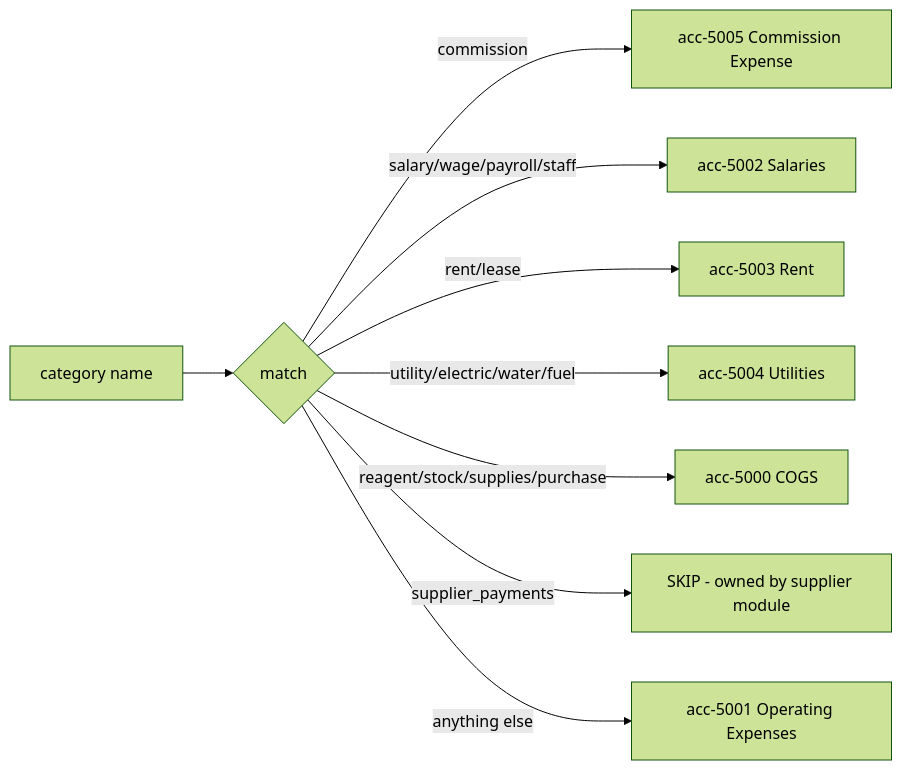
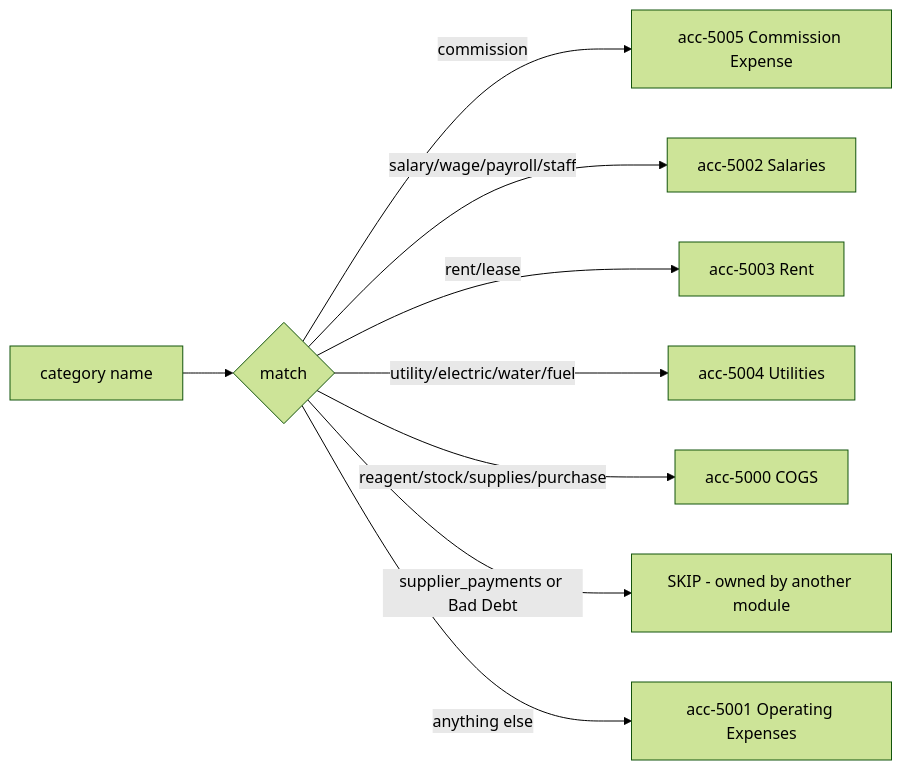
Before and after one commit to xelobcoder/lobnos-server: the fourth of 8 diagrams in docs/accounting-integration-flow-maps.md, drawn with Mermaid (forest theme). The commit also changed other lines of this file and 37 other files, not shown here.

````diff
--- a/docs/accounting-integration-flow-maps.md
+++ b/docs/accounting-integration-flow-maps.md
@@ -131,11 +165,11 @@
 ```mermaid
 flowchart LR
     A[category name] --> B{match}
     B -- commission --> C[acc-5005 Commission Expense]
     B -- salary/wage/payroll/staff --> D[acc-5002 Salaries]
     B -- rent/lease --> E[acc-5003 Rent]
     B -- utility/electric/water/fuel --> F[acc-5004 Utilities]
     B -- reagent/stock/supplies/purchase --> G[acc-5000 COGS]
-    B -- supplier_payments --> H[SKIP - owned by supplier module]
+    B -- supplier_payments or Bad Debt --> H[SKIP - owned by another module]
     B -- anything else --> I[acc-5001 Operating Expenses]
 ```
````
